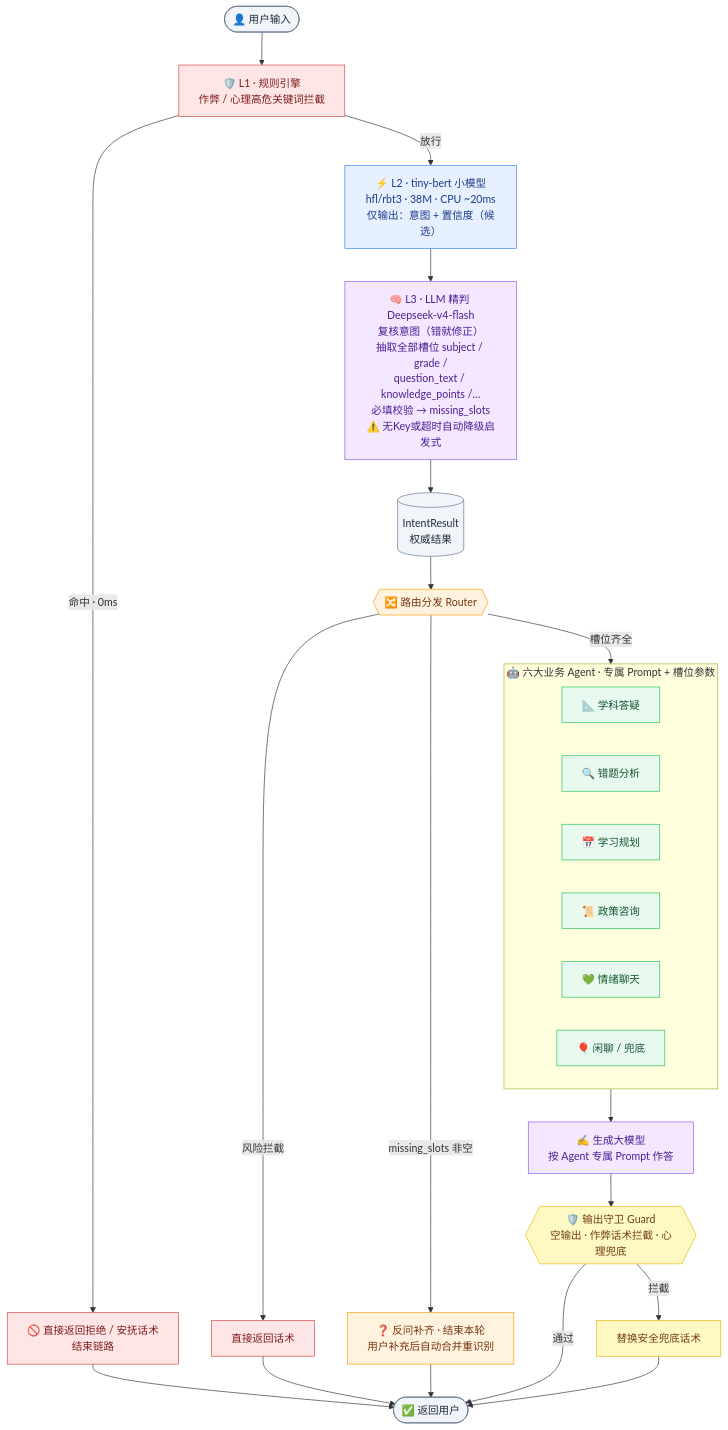
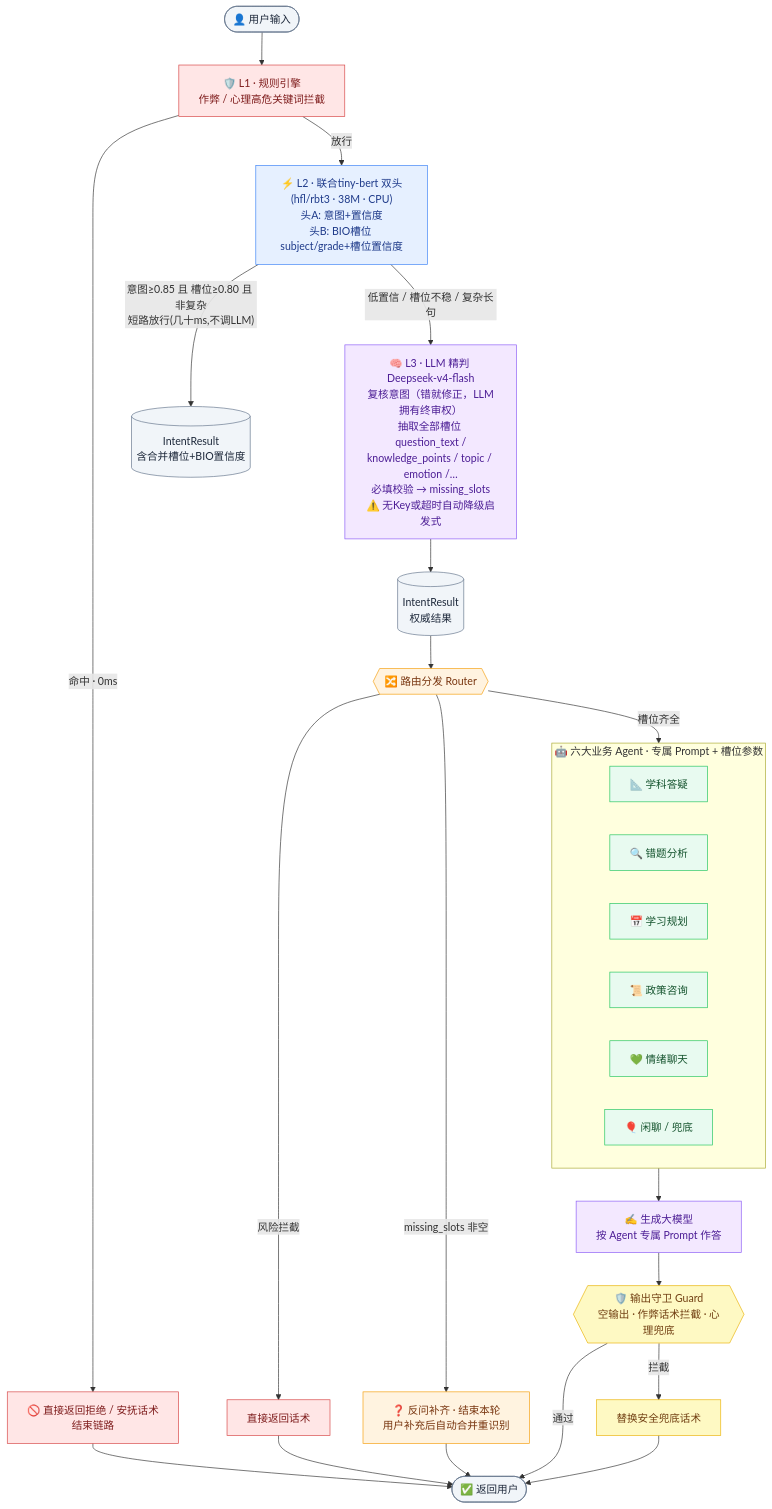
Before and after one commit to ducenlyang/agent-intent-classifier: the diagram in README.md, drawn with Mermaid. The commit also changed other lines of this file and 6 other files, not shown here.

Commit message:
网关恢复联合多任务+置信短路架构：L2双头直出意图与subject/grade短槽位(BIO)，高置信短路免LLM，低置信/槽位不稳/复杂长句才升级L3终审

````diff
--- a/README.md
+++ b/README.md
@@ -80,43 +80,44 @@
 ```mermaid
 flowchart TD
     U(["👤 用户输入"]):::out --> L1["🛡️ L1 · 规则引擎<br/>作弊 / 心理高危关键词拦截"]:::risk
 
     L1 -- "命中 · 0ms" --> R1["🚫 直接返回拒绝 / 安抚话术<br/>结束链路"]:::risk
-    L1 -- "放行" --> L2["⚡ L2 · tiny-bert 小模型<br/>hfl/rbt3 · 38M · CPU ~20ms<br/>仅输出：意图 + 置信度（候选）"]:::model
+    L1 -- "放行" --> L2["⚡ L2 · 联合tiny-bert 双头(hfl/rbt3 · 38M · CPU)<br/>头A: 意图+置信度<br/>头B: BIO槽位 subject/grade+槽位置信度"]:::model
 
-    L2 --> L3["🧠 L3 · LLM 精判 Deepseek-v4-flash<br/>复核意图（错就修正）<br/>抽取全部槽位 subject / grade /<br/>question_text / knowledge_points /…<br/>必填校验 → missing_slots<br/>⚠️ 无Key或超时自动降级启发式"]:::llm
+    L2 -- "意图≥0.85 且 槽位≥0.80 且 非复杂<br/>短路放行(几十ms,不调LLM)" --> IR2[("IntentResult<br/>含合并槽位+BIO置信度")]:::out
+    L2 -- "低置信 / 槽位不稳 / 复杂长句" --> L3["🧠 L3 · LLM 精判 Deepseek-v4-flash<br/>复核意图（错就修正，LLM拥有终审权）<br/>抽取全部槽位 question_text /<br/>knowledge_points / topic / emotion /…<br/>必填校验 → missing_slots<br/>⚠️ 无Key或超时自动降级启发式"]:::llm
 
     L3 --> IR[("IntentResult<br/>权威结果")]:::out
     IR --> RT{{"🔀 路由分发 Router"}}:::router
 
     RT -- "风险拦截" --> R2["直接返回话术"]:::risk
     RT -- "missing_slots 非空" --> CQ["❓ 反问补齐 · 结束本轮<br/>用户补充后自动合并重识别"]:::router
     RT -- "槽位齐全" --> AG
 
     subgraph AG["🤖 六大业务 Agent · 专属 Prompt + 槽位参数"]
         direction LR
         A1["📐 学科答疑"]:::agent
         A2["🔍 错题分析"]:::agent
         A3["📅 学习规划"]:::agent
         A4["📜 政策咨询"]:::agent
         A5["💚 情绪聊天"]:::agent
         A6["🎈 闲聊 / 兜底"]:::agent
     end
 
     AG --> GEN["✍️ 生成大模型<br/>按 Agent 专属 Prompt 作答"]:::llm
     GEN --> GD{{"🛡️ 输出守卫 Guard<br/>空输出 · 作弊话术拦截 · 心理兜底"}}:::guard
     GD -- "通过" --> OUT(["✅ 返回用户"]):::out
     GD -- "拦截" --> SAFE["替换安全兜底话术"]:::guard
     SAFE --> OUT
     R1 --> OUT
     R2 --> OUT
     CQ --> OUT
 
     classDef risk fill:#ffe6e6,stroke:#d64545,color:#7f1d1d
     classDef model fill:#e6f0ff,stroke:#3b82f6,color:#1e3a8a
     classDef llm fill:#f3e8ff,stroke:#8b5cf6,color:#4c1d95
     classDef router fill:#fff3e0,stroke:#f59e0b,color:#78350f
     classDef agent fill:#e8faf0,stroke:#22c55e,color:#14532d
     classDef guard fill:#fef9c3,stroke:#eab308,color:#713f12
     classDef out fill:#f1f5f9,stroke:#64748b,color:#1e293b
 ```
````
